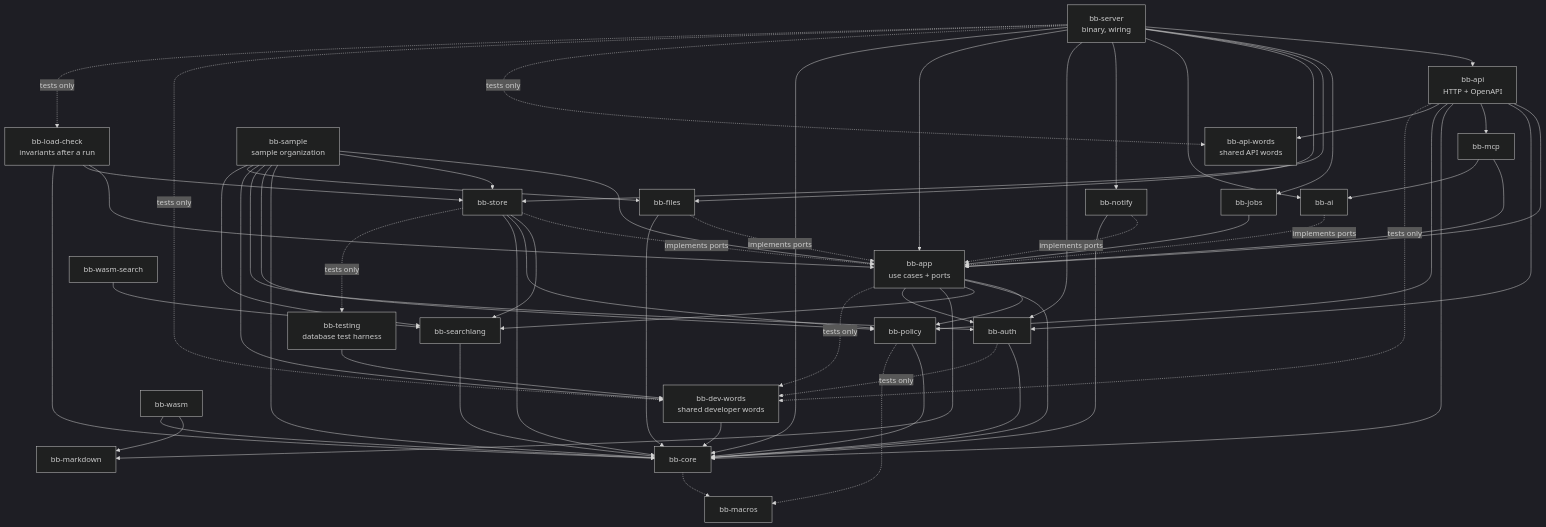
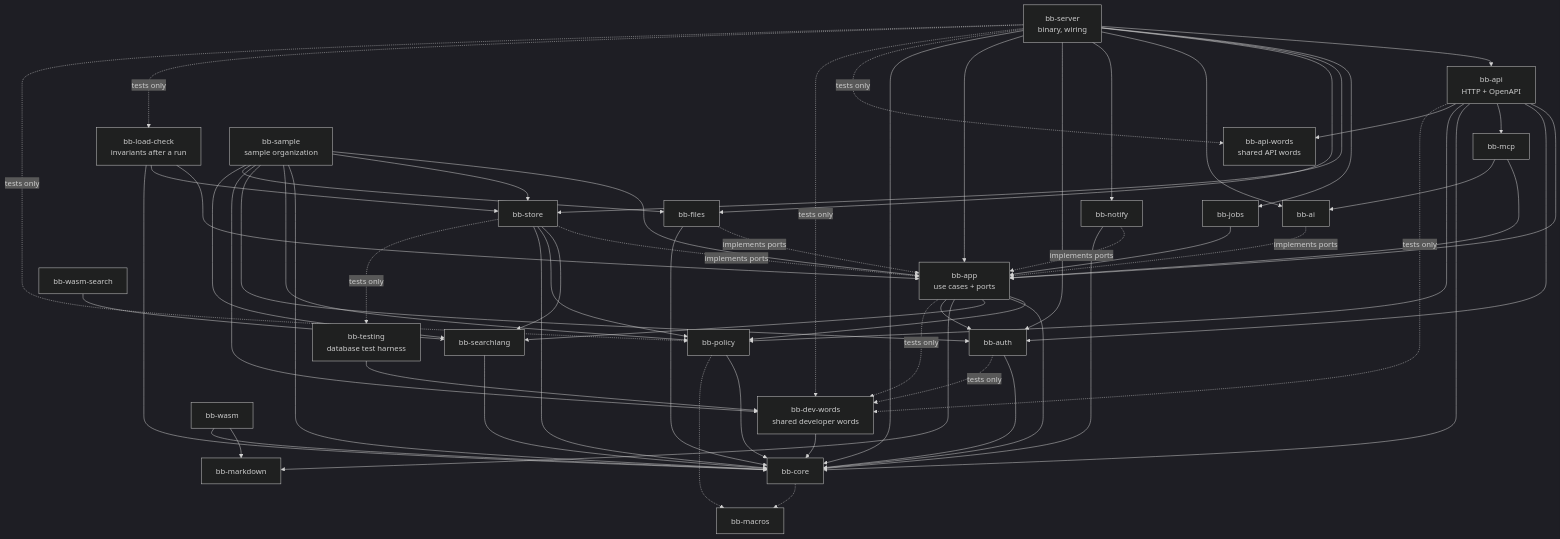
Before and after one commit to Nusi42/Bugaboo: the diagram in docs/architecture/04-building-blocks.md, drawn with Mermaid (dark theme). The commit also changed 1 other file, not shown here.

Commit message:
docs: let the module map allow bb-server to use bb-policy in tests

````diff
--- a/docs/architecture/04-building-blocks.md
+++ b/docs/architecture/04-building-blocks.md
@@ -49,56 +49,57 @@
 ```mermaid
 flowchart TB
   server["bb-server<br/>binary, wiring"]
   api["bb-api<br/>HTTP + OpenAPI"]
   words["bb-api-words<br/>shared API words"]
   devwords["bb-dev-words<br/>shared developer words"]
   mcp["bb-mcp"]
   app["bb-app<br/>use cases + ports"]
   policy["bb-policy"]
   core["bb-core"]
   macros["bb-macros"]
   search["bb-searchlang"]
   md["bb-markdown"]
   store["bb-store"]
   files["bb-files"]
   auth["bb-auth"]
   ai["bb-ai"]
   notify["bb-notify"]
   jobs["bb-jobs"]
   wasm["bb-wasm"]
   wasmsearch["bb-wasm-search"]
   testing["bb-testing<br/>database test harness"]
   sample["bb-sample<br/>sample organization"]
   loadcheck["bb-load-check<br/>invariants after a run"]
 
   server --> api & jobs & store & files & ai & notify & auth & app & core
   api --> app & auth & mcp & core & policy & words
   mcp --> app & ai
   jobs --> app
   app --> policy & core & search & md & auth
   auth --> core
   policy --> core
   core -.-> macros
   policy -.-> macros
   search --> core
   store -. implements ports .-> app
   files -. implements ports .-> app
   ai -. implements ports .-> app
   notify -. implements ports .-> app
   store --> search & policy & core
   files --> core
   notify --> core
   wasm --> md & core
   wasmsearch --> search
   store -. tests only .-> testing
   server -. tests only .-> words
   testing --> devwords
   devwords --> core
   api -. tests only .-> devwords
   auth -. tests only .-> devwords
   app -. tests only .-> devwords
   server -. tests only .-> devwords
   sample --> app & store & core & policy & auth & devwords & files & search
   loadcheck --> app & store & core
   server -. tests only .-> loadcheck
+  server -. tests only .-> policy
 ```
````
